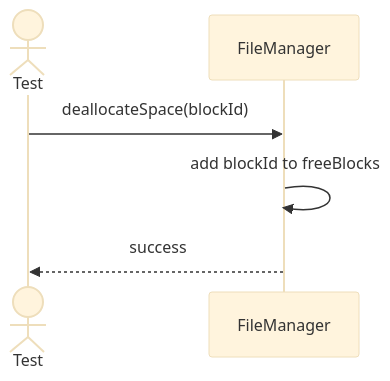
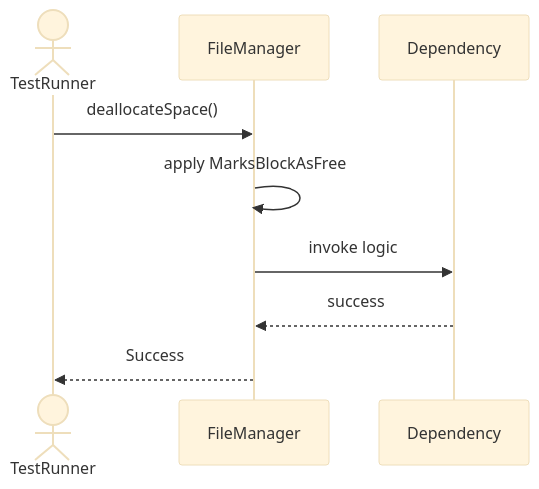
Before and after one commit to TamBui1706/DBMS: the second of 6 diagrams in Sequences/StorageEngine/FileManager.md, drawn with Mermaid (base theme). The commit also changed other lines of this file and 63 other files, not shown here.

Commit message:
Draw sequence diagram for unit tests

````diff
--- a/Sequences/StorageEngine/FileManager.md
+++ b/Sequences/StorageEngine/FileManager.md
@@ -27,9 +33,10 @@
 ```mermaid
 sequenceDiagram
-    actor Test
+    actor TestRunner
     participant FileManager
-
-    Test->>FileManager: deallocateSpace(blockId)
-    FileManager->>FileManager: add blockId to freeBlocks
-    FileManager-->>Test: success
+    TestRunner->>FileManager: deallocateSpace()
+    FileManager->>FileManager: apply MarksBlockAsFree
+    FileManager->>Dependency: invoke logic
+    Dependency-->>FileManager: success
+    FileManager-->>TestRunner: Success
 ```
````
